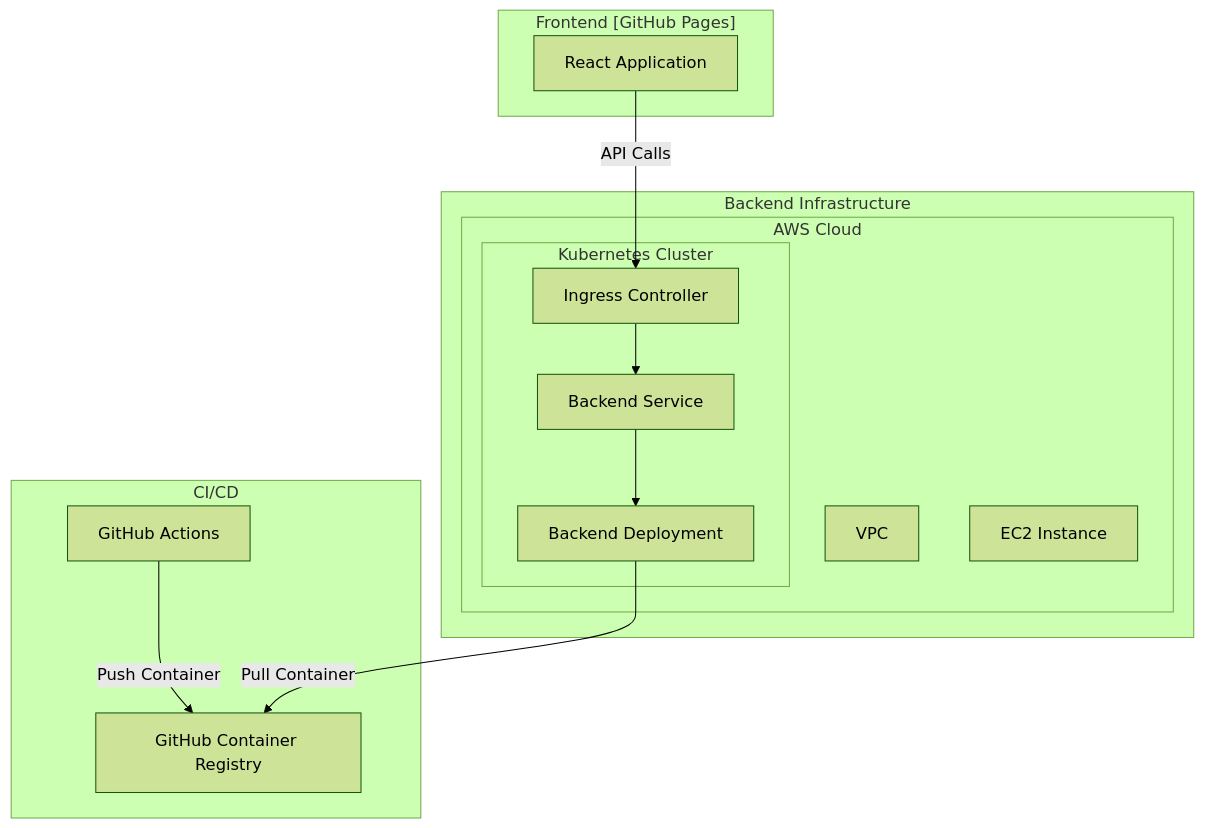
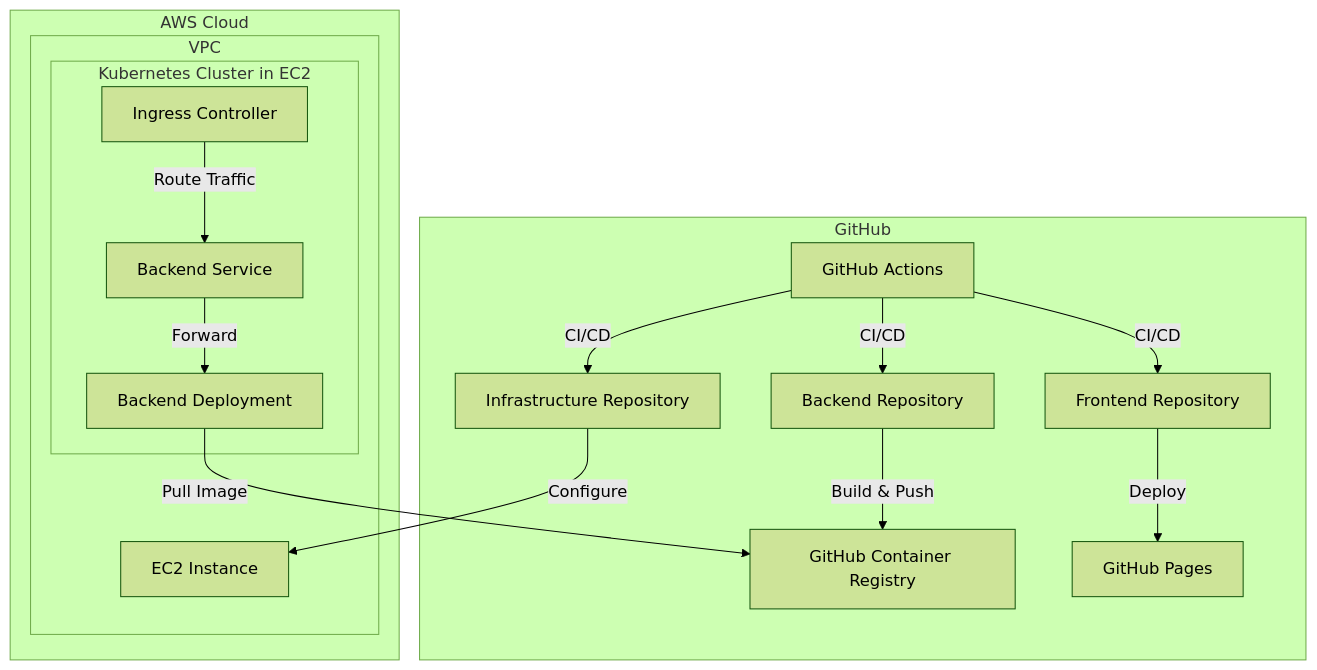
One commit to book-vault/.github changed the first of 3 diagrams in profile/README.md. Above: the diagram before and after it, drawn with Mermaid (forest theme). The commit also changed other lines of this file and 1 other file, not shown here.

````diff
--- a/profile/README.md
+++ b/profile/README.md
@@ -7,30 +7,32 @@
 ```mermaid
 graph TB
-    subgraph "Frontend [GitHub Pages]"
-        A[React Application]
+    subgraph "GitHub"
+        A[Frontend Repository]
+        B[Backend Repository]
+        C[Infrastructure Repository]
+        D[GitHub Actions]
+        E[GitHub Pages]
+        F[GitHub Container Registry]
     end
 
-    subgraph "Backend Infrastructure"
-        subgraph "AWS Cloud"
-            B[VPC]
-            C[EC2 Instance]
-            
-            subgraph "Kubernetes Cluster"
-                D[Backend Deployment]
-                E[Backend Service]
-                F[Ingress Controller]
+    subgraph "AWS Cloud"
+        subgraph "VPC"
+            G[EC2 Instance]
+            subgraph "Kubernetes Cluster in EC2"
+                H[Backend Deployment]
+                I[Backend Service]
+                J[Ingress Controller]
             end
         end
     end
 
-    subgraph "CI/CD"
-        G[GitHub Actions]
-        H[GitHub Container Registry]
-    end
-
-    A -->|API Calls| F
-    F --> E
-    E --> D
-    G -->|Push Container| H
-    D -->|Pull Container| H
+    A -->|Deploy| E
+    B -->|Build & Push| F
+    C -->|Configure| G
+    D -->|CI/CD| A
+    D -->|CI/CD| B
+    D -->|CI/CD| C
+    H -->|Pull Image| F
+    J -->|Route Traffic| I
+    I -->|Forward| H
 ```
````
